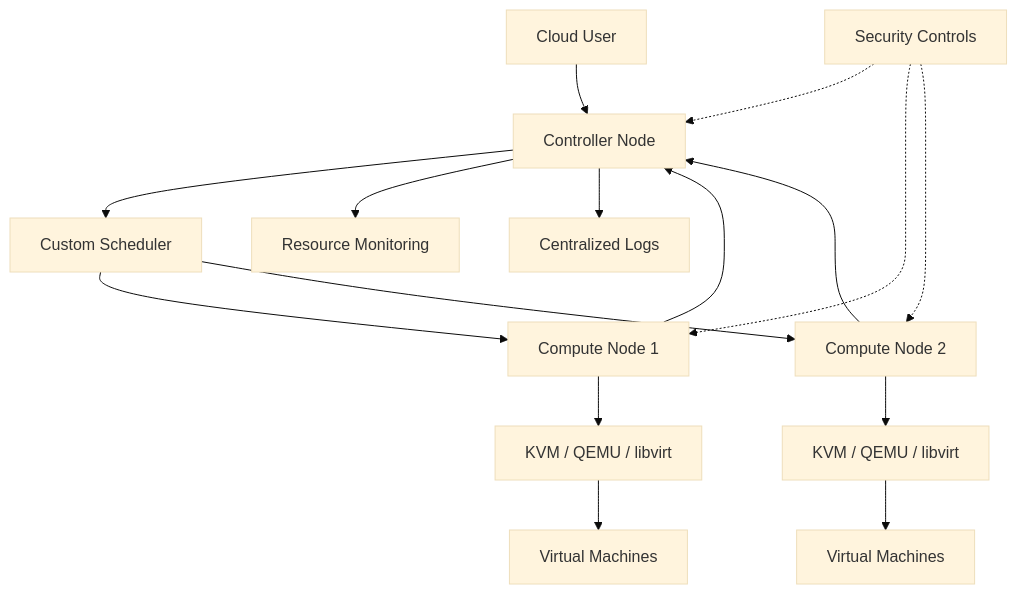
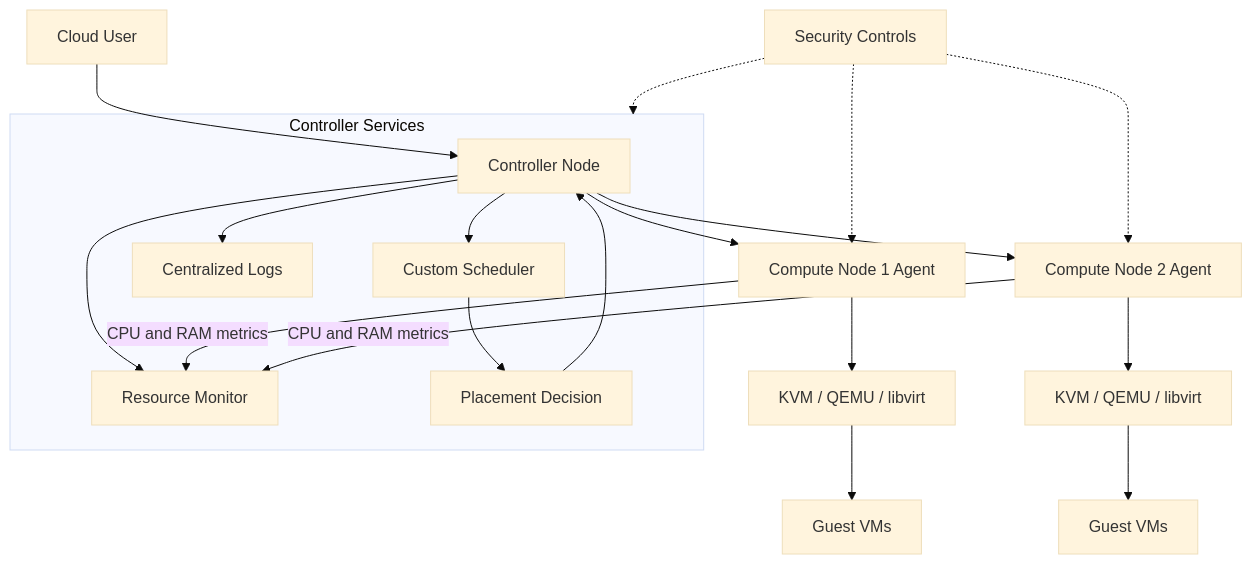
Before and after one commit to Unwritten-one/mini-cloud-infrastructure: the diagram in architecture/system_architecture.md, drawn with Mermaid (base theme). The commit also changed 2 other files, not shown here.

Commit message:
Add system, network, and deployment architecture diagrams

````diff
--- a/architecture/system_architecture.md
+++ b/architecture/system_architecture.md
@@ -3,18 +3,29 @@
 ```mermaid
 flowchart TB
     U["Cloud User"] --> C["Controller Node"]
-    C --> S["Custom Scheduler"]
-    C --> M["Resource Monitoring"]
-    C --> L["Centralized Logs"]
-    S --> N1["Compute Node 1"]
-    S --> N2["Compute Node 2"]
-    N1 --> H1["KVM / QEMU / libvirt"]
-    N2 --> H2["KVM / QEMU / libvirt"]
-    H1 --> V1["Virtual Machines"]
-    H2 --> V2["Virtual Machines"]
-    SEC["Security Controls"] -.-> C
-    SEC -.-> N1
-    SEC -.-> N2
-    N1 --> C
-    N2 --> C
+
+    subgraph CTRL["Controller Services"]
+        C --> S["Custom Scheduler"]
+        C --> M["Resource Monitor"]
+        C --> L["Centralized Logs"]
+        S --> P["Placement Decision"]
+    end
+
+    P --> C
+
+    C --> A1["Compute Node 1 Agent"]
+    C --> A2["Compute Node 2 Agent"]
+
+    A1 --> H1["KVM / QEMU / libvirt"]
+    A2 --> H2["KVM / QEMU / libvirt"]
+
+    H1 --> V1["Guest VMs"]
+    H2 --> V2["Guest VMs"]
+
+    A1 -->|"CPU and RAM metrics"| M
+    A2 -->|"CPU and RAM metrics"| M
+
+    SEC["Security Controls"] -.-> CTRL
+    SEC -.-> A1
+    SEC -.-> A2
 ```
````
